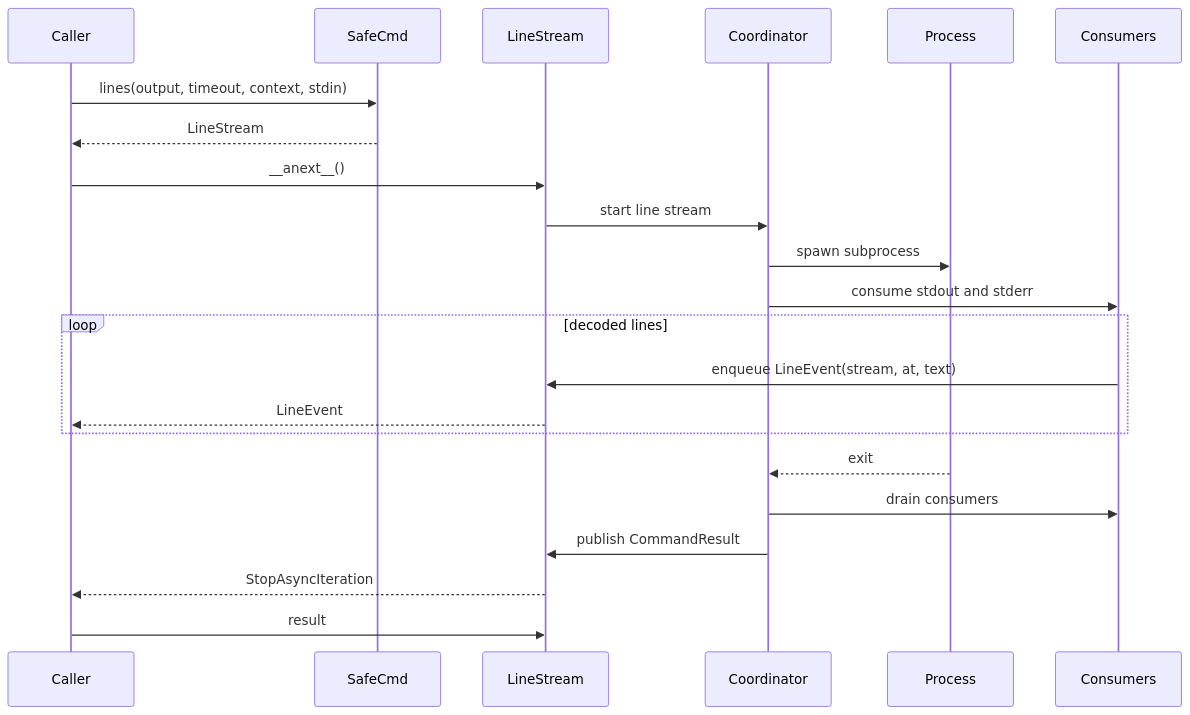
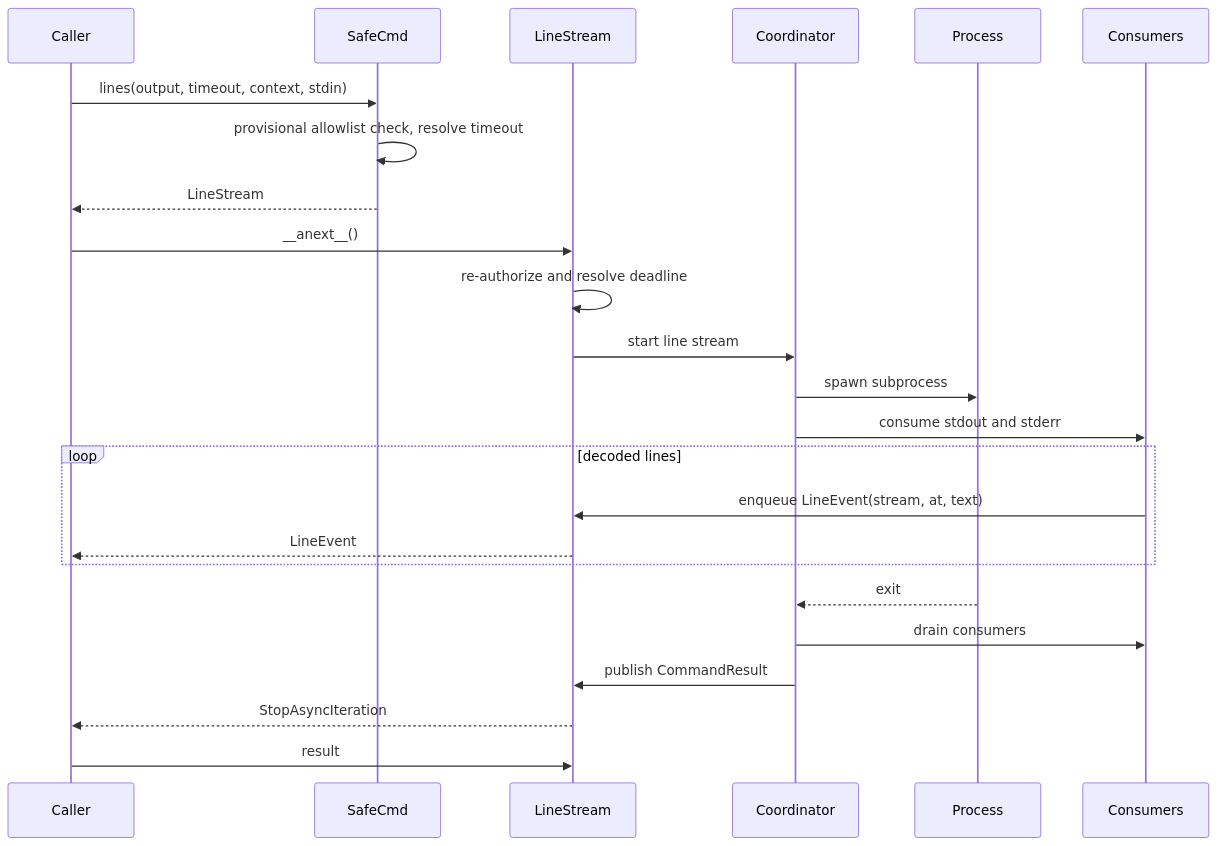
One commit to leynos/cuprum changed diagram 17 of 22 in docs/cuprum-design.md. Above: the diagram before and after it, drawn with Mermaid. The commit also changed other lines of this file and 17 other files, not shown here.

First line of the commit message:
Re-authorize a prepared line stream when it is pulled (#543) (#648)

````diff
--- a/docs/cuprum-design.md
+++ b/docs/cuprum-design.md
@@ -3505,25 +3569,27 @@
 ```mermaid
 sequenceDiagram
     participant Caller
     participant SafeCmd
     participant LineStream
     participant Coordinator
     participant Process
     participant Consumers
 
     Caller->>SafeCmd: lines(output, timeout, context, stdin)
+    SafeCmd->>SafeCmd: provisional allowlist check, resolve timeout
     SafeCmd-->>Caller: LineStream
     Caller->>LineStream: __anext__()
+    LineStream->>LineStream: re-authorize and resolve deadline
     LineStream->>Coordinator: start line stream
     Coordinator->>Process: spawn subprocess
     Coordinator->>Consumers: consume stdout and stderr
     loop decoded lines
         Consumers->>LineStream: enqueue LineEvent(stream, at, text)
         LineStream-->>Caller: LineEvent
     end
     Process-->>Coordinator: exit
     Coordinator->>Consumers: drain consumers
     Coordinator->>LineStream: publish CommandResult
     LineStream-->>Caller: StopAsyncIteration
     Caller->>LineStream: result
 ```
````
